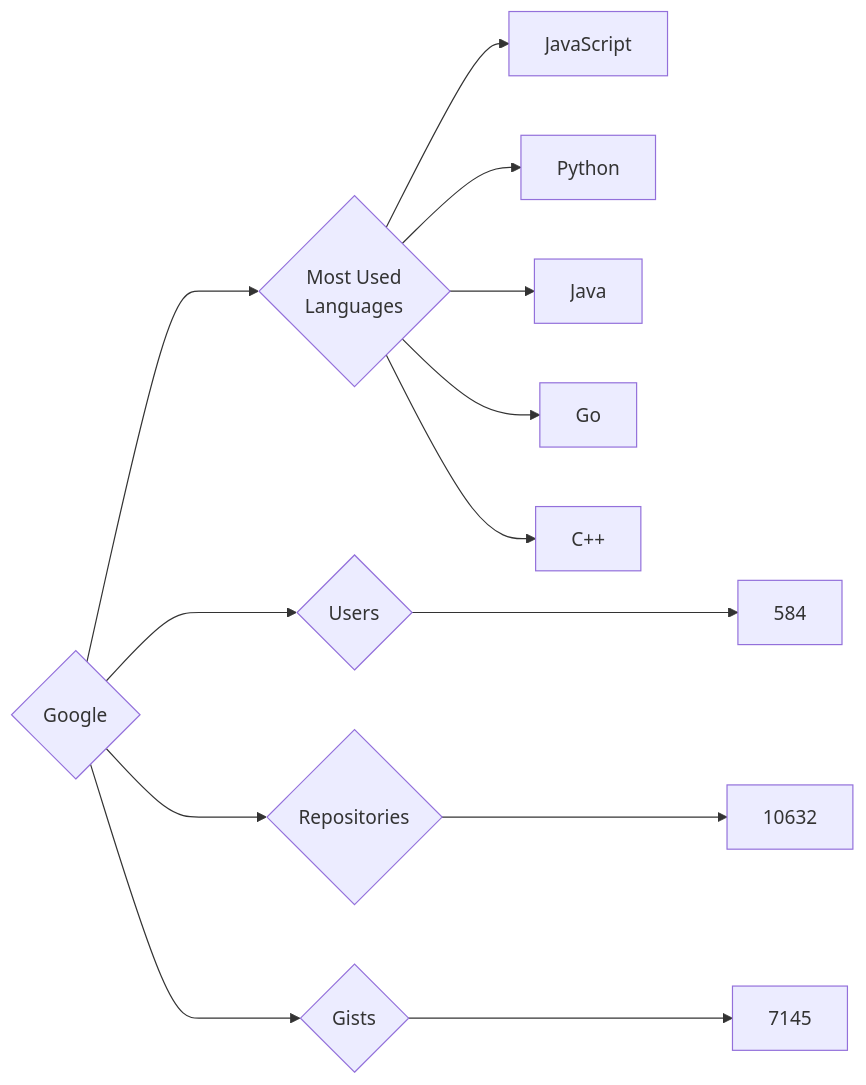
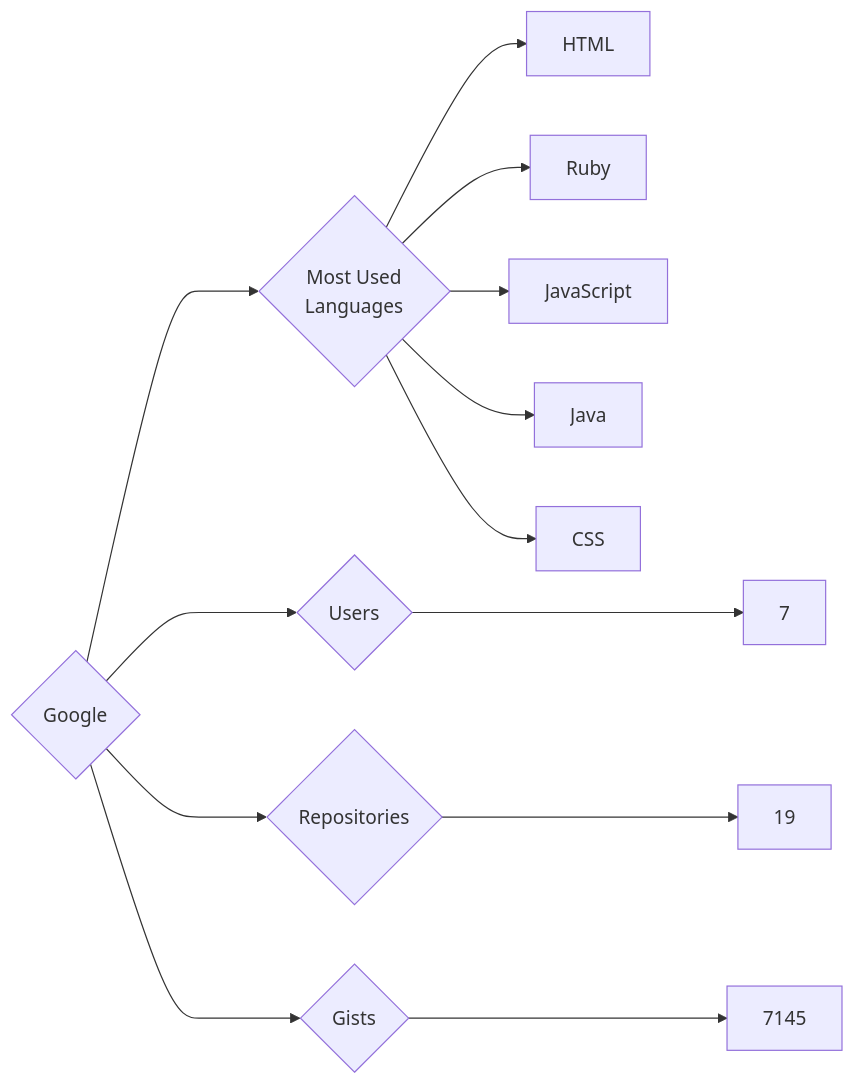
Before and after one commit to trickest/insiders: the diagram in targets/Google/README.md, drawn with Mermaid. The commit also changed 934 other files, not shown here.

````diff
--- a/targets/Google/README.md
+++ b/targets/Google/README.md
@@ -3,13 +3,13 @@
 ```mermaid
 graph LR
 COMPANY_NAME{Google}
-COMPANY_NAME ---> U{Users} ---> UN[584]
-COMPANY_NAME ---> R{Repositories} ---> RN[10632]
+COMPANY_NAME ---> U{Users} ---> UN[7]
+COMPANY_NAME ---> R{Repositories} ---> RN[19]
 COMPANY_NAME ---> G{Gists} ---> GN[7145]
 COMPANY_NAME ---> ML{Most Used<br>Languages}
+ML --> HTML[HTML]
+ML --> Ruby[Ruby]
 ML --> JavaScript[JavaScript]
-ML --> Python[Python]
 ML --> Java[Java]
-ML --> Go[Go]
-ML --> C++[C++]
+ML --> CSS[CSS]
 ```
````
